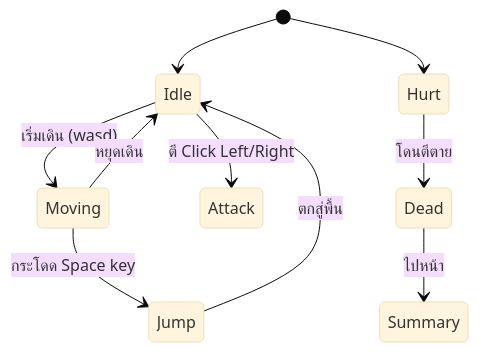
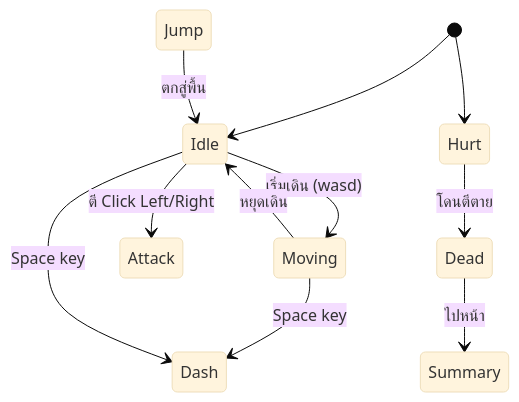
One commit to SShoww/Your-Story changed the second of 2 diagrams in GameJam/Docs/GDD/03-mechanics.md. Above: the diagram before and after it, drawn with Mermaid (base theme). The commit also changed other lines of this file and 4 other files, not shown here.

````diff
--- a/GameJam/Docs/GDD/03-mechanics.md
+++ b/GameJam/Docs/GDD/03-mechanics.md
@@ -20,12 +19,13 @@
 ```mermaid
 stateDiagram-v2
     [*] --> Idle
     Idle --> Moving : เริ่มเดิน (wasd)
     Moving --> Idle : หยุดเดิน
     Idle --> Attack : ตี Click Left/Right
-    Moving --> Jump : กระโดด Space key
+    Moving --> Dash : Space key
+    Idle --> Dash : Space key
     Jump --> Idle : ตกสู่พื้น
     [*] --> Hurt 
     Hurt --> Dead : โดนตีตาย
     Dead --> Summary : ไปหน้า
 ```
````
